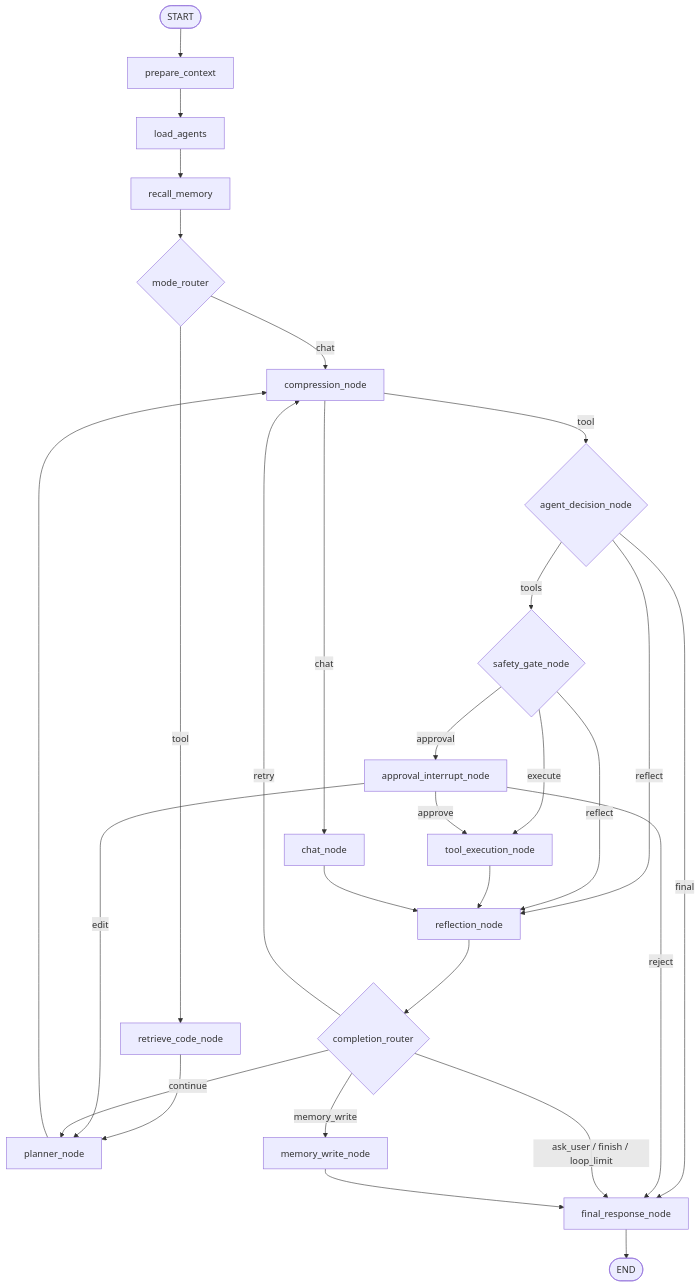
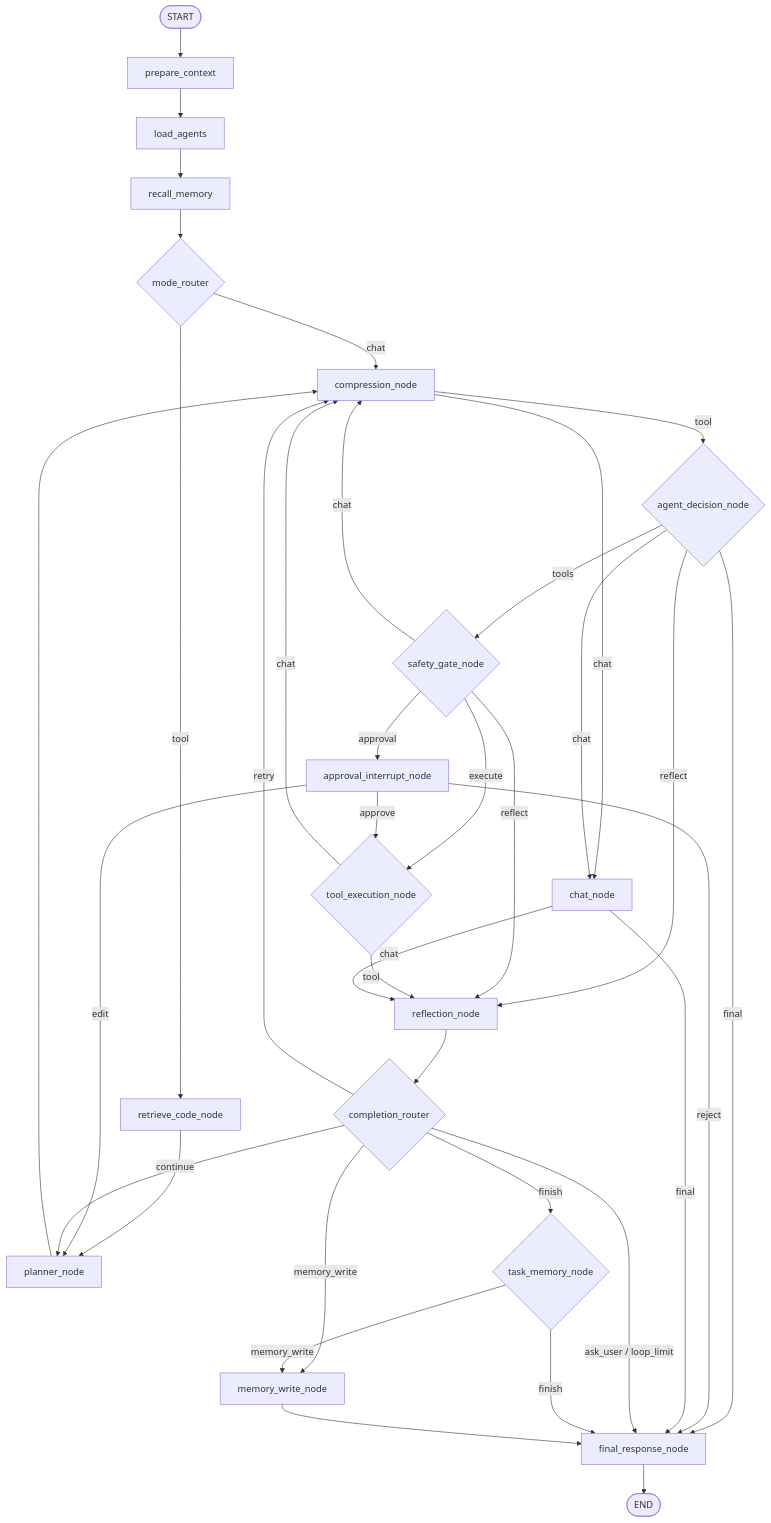
Before and after one commit to LaoTouAiLe/chaiai: the diagram in docs/lessons/05-edges-routers.md, drawn with Mermaid. The commit also changed other lines of this file and 27 other files, not shown here.

````diff
--- a/docs/lessons/05-edges-routers.md
+++ b/docs/lessons/05-edges-routers.md
@@ -23,39 +23,48 @@
 ```mermaid
 flowchart TD
     START([START]) --> PC[prepare_context]
     PC --> LA[load_agents]
     LA --> RM[recall_memory]
     RM --> MR{mode_router}
 
     MR -->|chat| CP[compression_node]
     MR -->|tool| RC[retrieve_code_node]
     RC --> PL[planner_node]
     PL --> CP
 
     CP -->|chat| CH[chat_node]
     CP -->|tool| AD{agent_decision_node}
 
     AD -->|tools| SG{safety_gate_node}
     AD -->|reflect| RF[reflection_node]
     AD -->|final| FR[final_response_node]
+    AD -->|chat| CH
 
-    SG -->|execute| TE[tool_execution_node]
+    SG -->|execute| TE{tool_execution_node}
     SG -->|approval| AI[approval_interrupt_node]
     SG -->|reflect| RF
-    TE --> RF
+    SG -->|chat| CP
 
     AI -->|approve| TE
     AI -->|edit| PL
     AI -->|reject| FR
 
+    TE -->|tool| RF
+    TE -->|chat| CP
     RF --> CR{completion_router}
-    CH --> RF
+
+    CH -->|chat| RF
+    CH -->|final| FR
 
     CR -->|continue| PL
     CR -->|retry| CP
     CR -->|memory_write| MW[memory_write_node]
-    CR -->|ask_user / finish / loop_limit| FR
+    CR -->|ask_user / loop_limit| FR
+    CR -->|finish| TM{task_memory_node}
+
+    TM -->|memory_write| MW
+    TM -->|finish| FR
 
     MW --> FR
     FR --> END([END])
 ```
````
